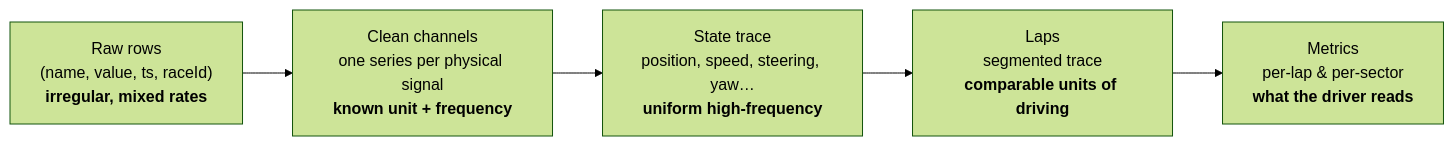
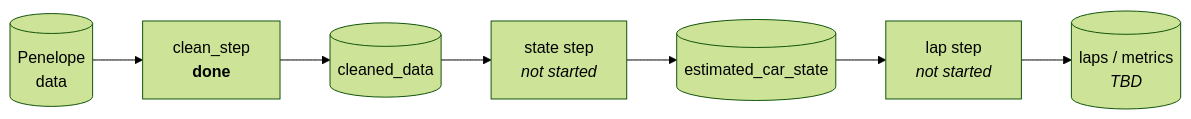
One commit to GenerateNU/orion changed the fourth of 4 diagrams in docs/ARCHITECTURE.md. Above: the diagram before and after it, drawn with Mermaid (forest theme). The commit also changed other lines of this file and 11 other files, not shown here.

````diff
--- a/docs/ARCHITECTURE.md
+++ b/docs/ARCHITECTURE.md
@@ -117,10 +189,12 @@
 ```mermaid
 flowchart LR
-    A["Raw rows<br/>(name, value, ts, raceId)<br/><b>irregular, mixed rates</b>"]
-    B["Clean channels<br/>one series per physical signal<br/><b>known unit + frequency</b>"]
-    C["State trace<br/>position, speed, steering, yaw…<br/><b>uniform high-frequency</b>"]
-    D["Laps<br/>segmented trace<br/><b>comparable units of driving</b>"]
-    E["Metrics<br/>per-lap & per-sector<br/><b>what the driver reads</b>"]
+    PEN[("Penelope<br/>data")]
+    CLEAN["clean_step<br/><b>done</b>"]
+    CD[("cleaned_data")]
+    STATE["state step<br/><i>not started</i>"]
+    ECS[("estimated_car_state")]
+    LAP["lap step<br/><i>not started</i>"]
+    LAPS[("laps / metrics<br/><i>TBD</i>")]
 
-    A --> B --> C --> D --> E
+    PEN --> CLEAN --> CD --> STATE --> ECS --> LAP --> LAPS
 ```
````
